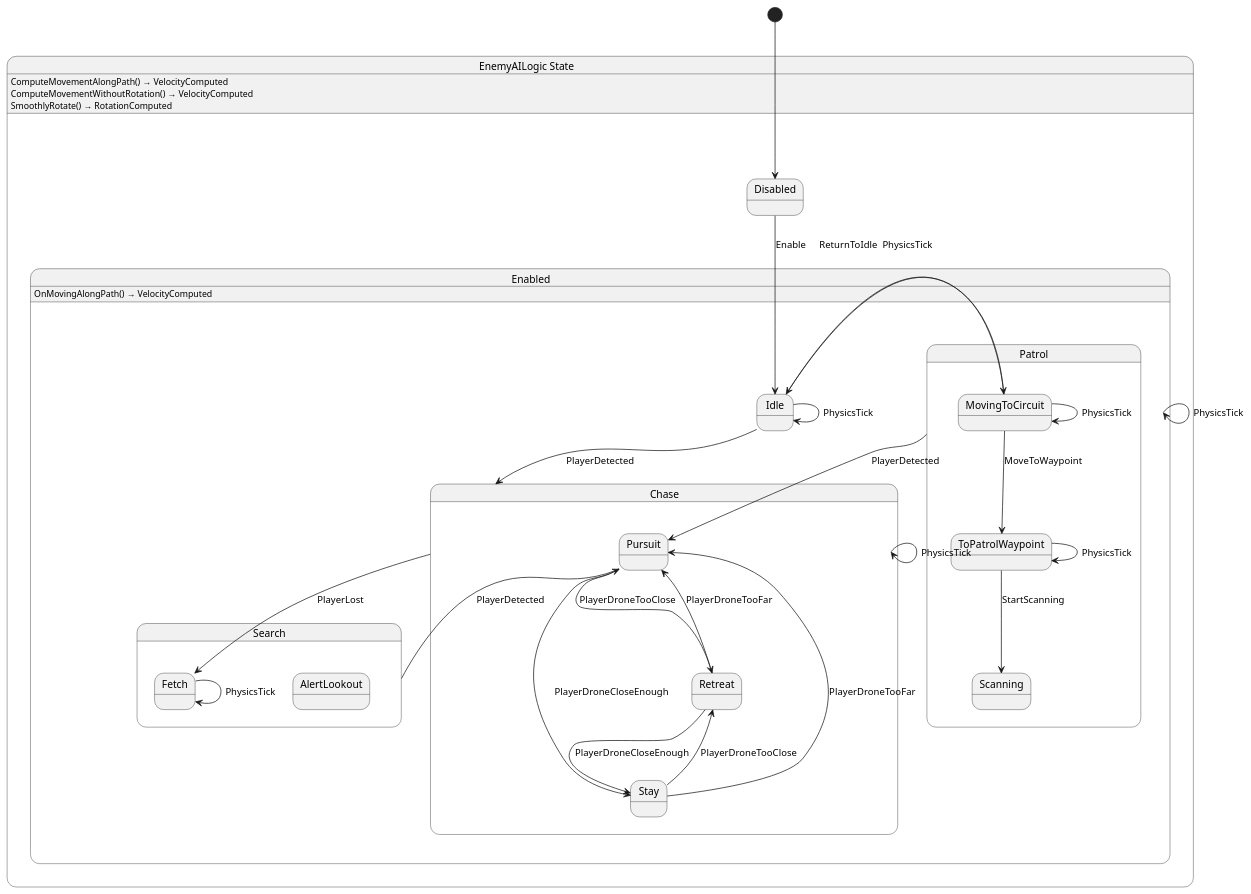
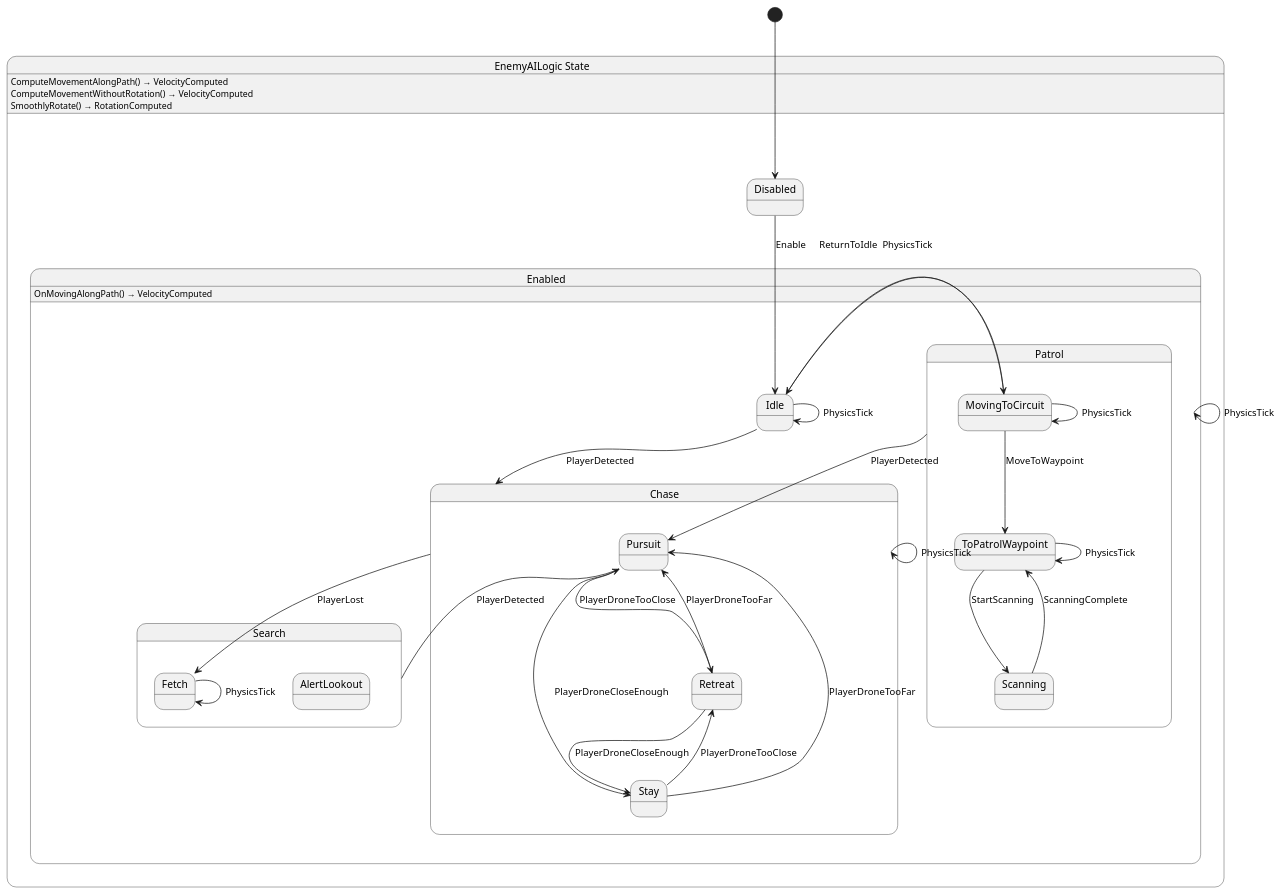
Before and after one commit to SkyValor/rescue-drone: the diagram in Scripts/Drone/Enemy/AIStateMachine/EnemyAILogic.g.puml, drawn with PlantUML. The commit also changed 13 other files, not shown here.

Commit message:
Fixed an issue where the drone could not transition properly between moving to waypoint and scanning.

```diff
--- a/Scripts/Drone/Enemy/AIStateMachine/EnemyAILogic.g.puml
+++ b/Scripts/Drone/Enemy/AIStateMachine/EnemyAILogic.g.puml
@@ -1,51 +1,52 @@
 @startuml EnemyAILogic
 state "EnemyAILogic State" as RescueDrone_EnemyAILogic_State {
   state "Disabled" as RescueDrone_EnemyAILogic_State_Disabled
   state "Enabled" as RescueDrone_EnemyAILogic_State_Enabled {
     state "Chase" as RescueDrone_EnemyAILogic_State_Chase {
       state "Pursuit" as RescueDrone_EnemyAILogic_State_Pursuit
       state "Retreat" as RescueDrone_EnemyAILogic_State_Retreat
       state "Stay" as RescueDrone_EnemyAILogic_State_Stay
     }
     state "Idle" as RescueDrone_EnemyAILogic_State_Idle
     state "Patrol" as RescueDrone_EnemyAILogic_State_Patrol {
       state "MovingToCircuit" as RescueDrone_EnemyAILogic_State_MovingToCircuit
       state "Scanning" as RescueDrone_EnemyAILogic_State_Scanning
       state "ToPatrolWaypoint" as RescueDrone_EnemyAILogic_State_ToPatrolWaypoint
     }
     state "Search" as RescueDrone_EnemyAILogic_State_Search {
       state "AlertLookout" as RescueDrone_EnemyAILogic_State_AlertLookout
       state "Fetch" as RescueDrone_EnemyAILogic_State_Fetch
     }
   }
 }
 
 RescueDrone_EnemyAILogic_State_Chase --> RescueDrone_EnemyAILogic_State_Chase : PhysicsTick
 RescueDrone_EnemyAILogic_State_Chase --> RescueDrone_EnemyAILogic_State_Fetch : PlayerLost
 RescueDrone_EnemyAILogic_State_Disabled --> RescueDrone_EnemyAILogic_State_Idle : Enable
 RescueDrone_EnemyAILogic_State_Enabled --> RescueDrone_EnemyAILogic_State_Enabled : PhysicsTick
 RescueDrone_EnemyAILogic_State_Fetch --> RescueDrone_EnemyAILogic_State_Fetch : PhysicsTick
 RescueDrone_EnemyAILogic_State_Idle --> RescueDrone_EnemyAILogic_State_Chase : PlayerDetected
 RescueDrone_EnemyAILogic_State_Idle --> RescueDrone_EnemyAILogic_State_Idle : PhysicsTick
 RescueDrone_EnemyAILogic_State_Idle --> RescueDrone_EnemyAILogic_State_MovingToCircuit : PhysicsTick
 RescueDrone_EnemyAILogic_State_MovingToCircuit --> RescueDrone_EnemyAILogic_State_Idle : ReturnToIdle
 RescueDrone_EnemyAILogic_State_MovingToCircuit --> RescueDrone_EnemyAILogic_State_MovingToCircuit : PhysicsTick
 RescueDrone_EnemyAILogic_State_MovingToCircuit --> RescueDrone_EnemyAILogic_State_ToPatrolWaypoint : MoveToWaypoint
 RescueDrone_EnemyAILogic_State_Patrol --> RescueDrone_EnemyAILogic_State_Pursuit : PlayerDetected
 RescueDrone_EnemyAILogic_State_Pursuit --> RescueDrone_EnemyAILogic_State_Retreat : PlayerDroneTooClose
 RescueDrone_EnemyAILogic_State_Pursuit --> RescueDrone_EnemyAILogic_State_Stay : PlayerDroneCloseEnough
 RescueDrone_EnemyAILogic_State_Retreat --> RescueDrone_EnemyAILogic_State_Pursuit : PlayerDroneTooFar
 RescueDrone_EnemyAILogic_State_Retreat --> RescueDrone_EnemyAILogic_State_Stay : PlayerDroneCloseEnough
+RescueDrone_EnemyAILogic_State_Scanning --> RescueDrone_EnemyAILogic_State_ToPatrolWaypoint : ScanningComplete
 RescueDrone_EnemyAILogic_State_Search --> RescueDrone_EnemyAILogic_State_Pursuit : PlayerDetected
 RescueDrone_EnemyAILogic_State_Stay --> RescueDrone_EnemyAILogic_State_Pursuit : PlayerDroneTooFar
 RescueDrone_EnemyAILogic_State_Stay --> RescueDrone_EnemyAILogic_State_Retreat : PlayerDroneTooClose
 RescueDrone_EnemyAILogic_State_ToPatrolWaypoint --> RescueDrone_EnemyAILogic_State_Scanning : StartScanning
 RescueDrone_EnemyAILogic_State_ToPatrolWaypoint --> RescueDrone_EnemyAILogic_State_ToPatrolWaypoint : PhysicsTick
 
 RescueDrone_EnemyAILogic_State : ComputeMovementAlongPath() → VelocityComputed
 RescueDrone_EnemyAILogic_State : ComputeMovementWithoutRotation() → VelocityComputed
 RescueDrone_EnemyAILogic_State : SmoothlyRotate() → RotationComputed
 RescueDrone_EnemyAILogic_State_Enabled : OnMovingAlongPath() → VelocityComputed
 
 [*] --> RescueDrone_EnemyAILogic_State_Disabled
 @enduml
```
